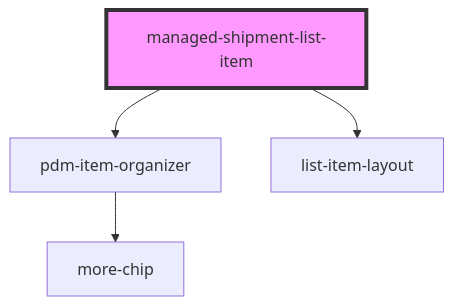
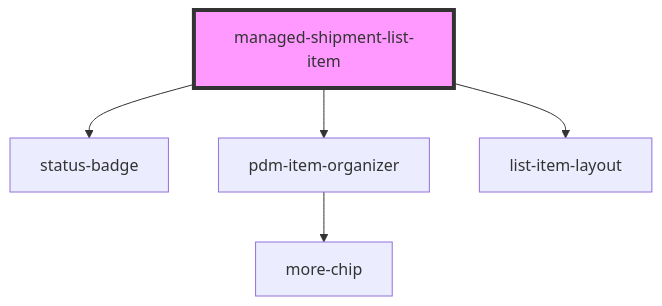
Before and after one commit to PharmaLedger-IMI/fgt-workspace: the diagram in pdm-web-components/src/components/managed-shipment-list-item/readme.md, drawn with Mermaid. The commit also changed other lines of this file and 15 other files, not shown here.

````diff
--- a/pdm-web-components/src/components/managed-shipment-list-item/readme.md
+++ b/pdm-web-components/src/components/managed-shipment-list-item/readme.md
@@ -46,7 +47,8 @@
 ```mermaid
 graph TD;
+  managed-shipment-list-item --> status-badge
   managed-shipment-list-item --> pdm-item-organizer
   managed-shipment-list-item --> list-item-layout
   pdm-item-organizer --> more-chip
   style managed-shipment-list-item fill:#f9f,stroke:#333,stroke-width:4px
 ```
````
